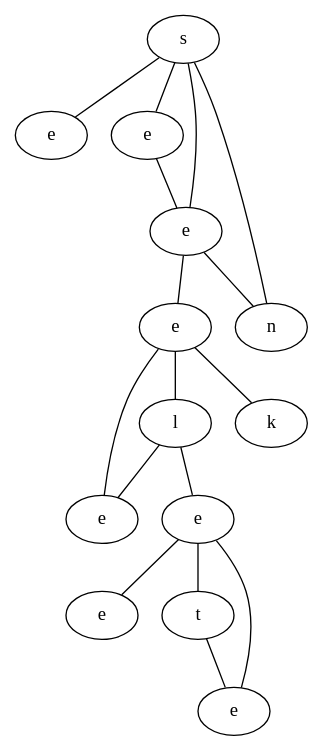
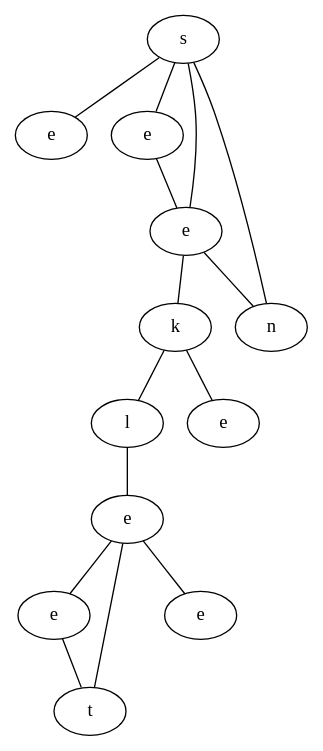
Before and after one commit to schrum2/MM-NEAT: the diagram in data/VGLC/graph.dot, drawn with Graphviz. The commit also changed 7 other files, not shown here.

Commit message:
Progress on graph to dungeon #341

```diff
--- a/data/VGLC/graph.dot
+++ b/data/VGLC/graph.dot
@@ -1,31 +1,28 @@
 graph {
-Pnpu[label="s"]
-UmZe[label="e"]
-arVl[label="e"]
-WCfY[label="e"]
-jadF[label="n"]
-hBcz[label="e"]
-wahL[label="l"]
-WWJa[label="e"]
-myPG[label="k"]
-mliT[label="e"]
-xPpm[label="e"]
-ZYKU[label="t"]
-EUUp[label="e"]
-Pnpu -- UmZe
-Pnpu -- arVl
-Pnpu -- WCfY
-Pnpu -- jadF
-arVl -- WCfY
-WCfY -- hBcz
-WCfY -- jadF
-hBcz -- wahL
-hBcz -- WWJa
-hBcz -- myPG
-wahL -- WWJa
-wahL -- mliT
-mliT -- xPpm
-mliT -- ZYKU
-mliT -- EUUp
-ZYKU -- EUUp
+AERP[label="s"]
+NHEh[label="e"]
+rgEs[label="e"]
+jPZf[label="e"]
+bIgR[label="n"]
+EArp[label="k"]
+iQcP[label="l"]
+PfWE[label="e"]
+QHWy[label="e"]
+QzNZ[label="e"]
+ohAB[label="t"]
+siNd[label="e"]
+AERP -- NHEh
+AERP -- rgEs
+AERP -- jPZf
+AERP -- bIgR
+rgEs -- jPZf
+jPZf -- EArp
+jPZf -- bIgR
+EArp -- iQcP
+EArp -- PfWE
+iQcP -- QHWy
+QHWy -- QzNZ
+QHWy -- ohAB
+QHWy -- siNd
+QzNZ -- ohAB
 }
```
